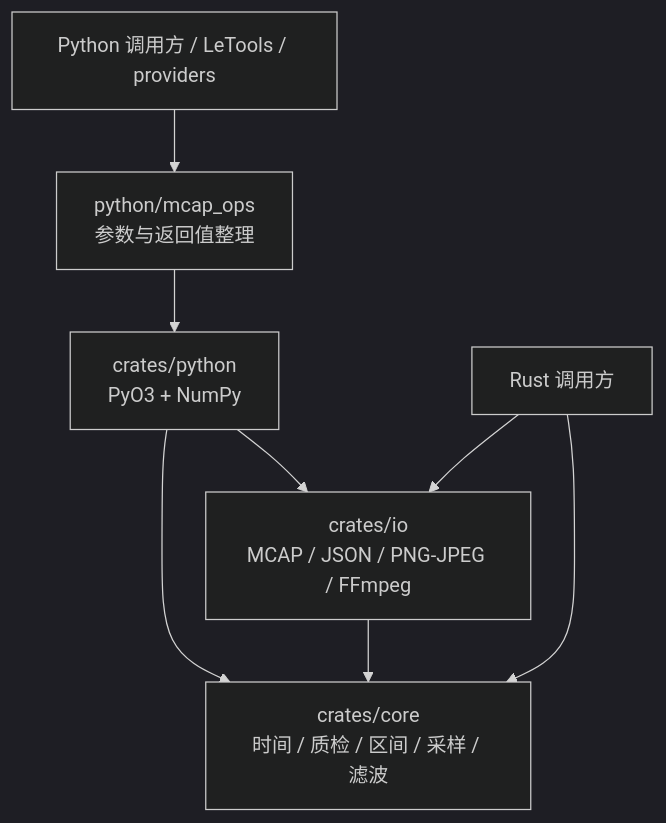
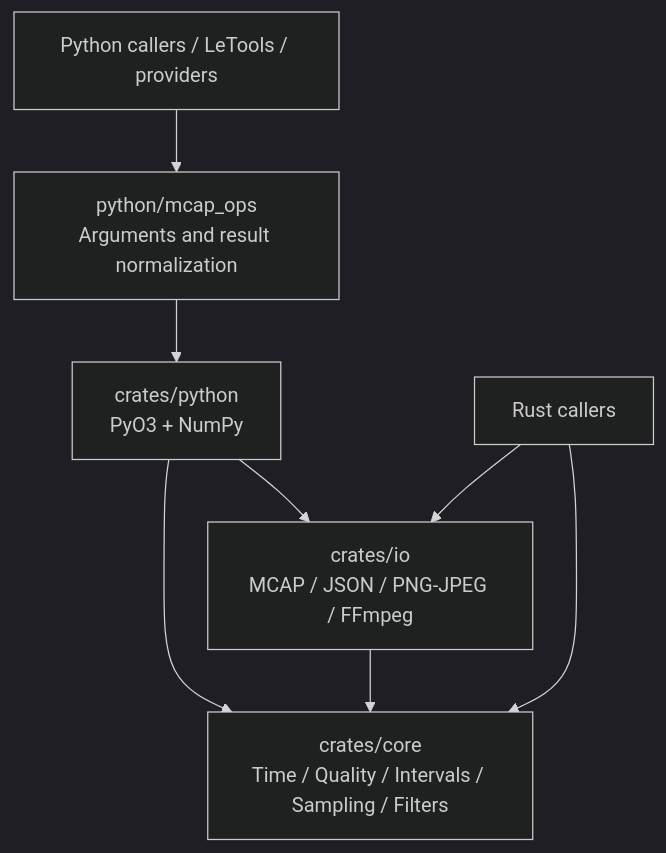
Before and after one commit to XieWeikai/mcap-ops: the first of 4 diagrams in docs/architecture.md, drawn with Mermaid (dark theme). The commit also changed other lines of this file and 71 other files, not shown here.

````diff
--- a/docs/architecture.md
+++ b/docs/architecture.md
@@ -16,10 +21,10 @@
 ```mermaid
 flowchart TB
-    PY["Python 调用方 / LeTools / providers"] --> WRAP["python/mcap_ops<br/>参数与返回值整理"]
+    PY["Python callers / LeTools / providers"] --> WRAP["python/mcap_ops<br/>Arguments and result normalization"]
     WRAP --> FFI["crates/python<br/>PyO3 + NumPy"]
-    FFI --> CORE["crates/core<br/>时间 / 质检 / 区间 / 采样 / 滤波"]
+    FFI --> CORE["crates/core<br/>Time / Quality / Intervals / Sampling / Filters"]
     FFI --> IO["crates/io<br/>MCAP / JSON / PNG-JPEG / FFmpeg"]
     IO --> CORE
-    R["Rust 调用方"] --> CORE
+    R["Rust callers"] --> CORE
     R --> IO
 ```
````
